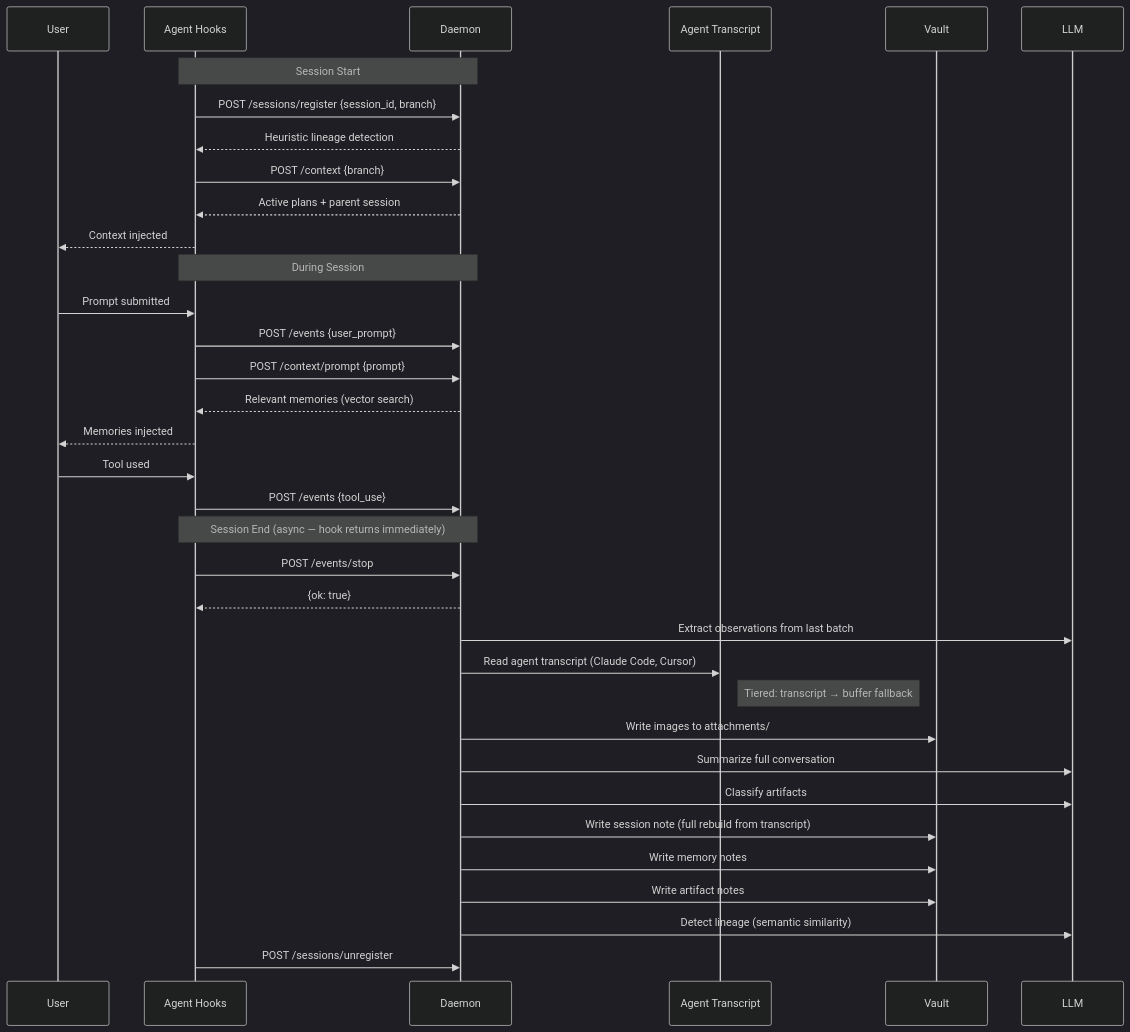
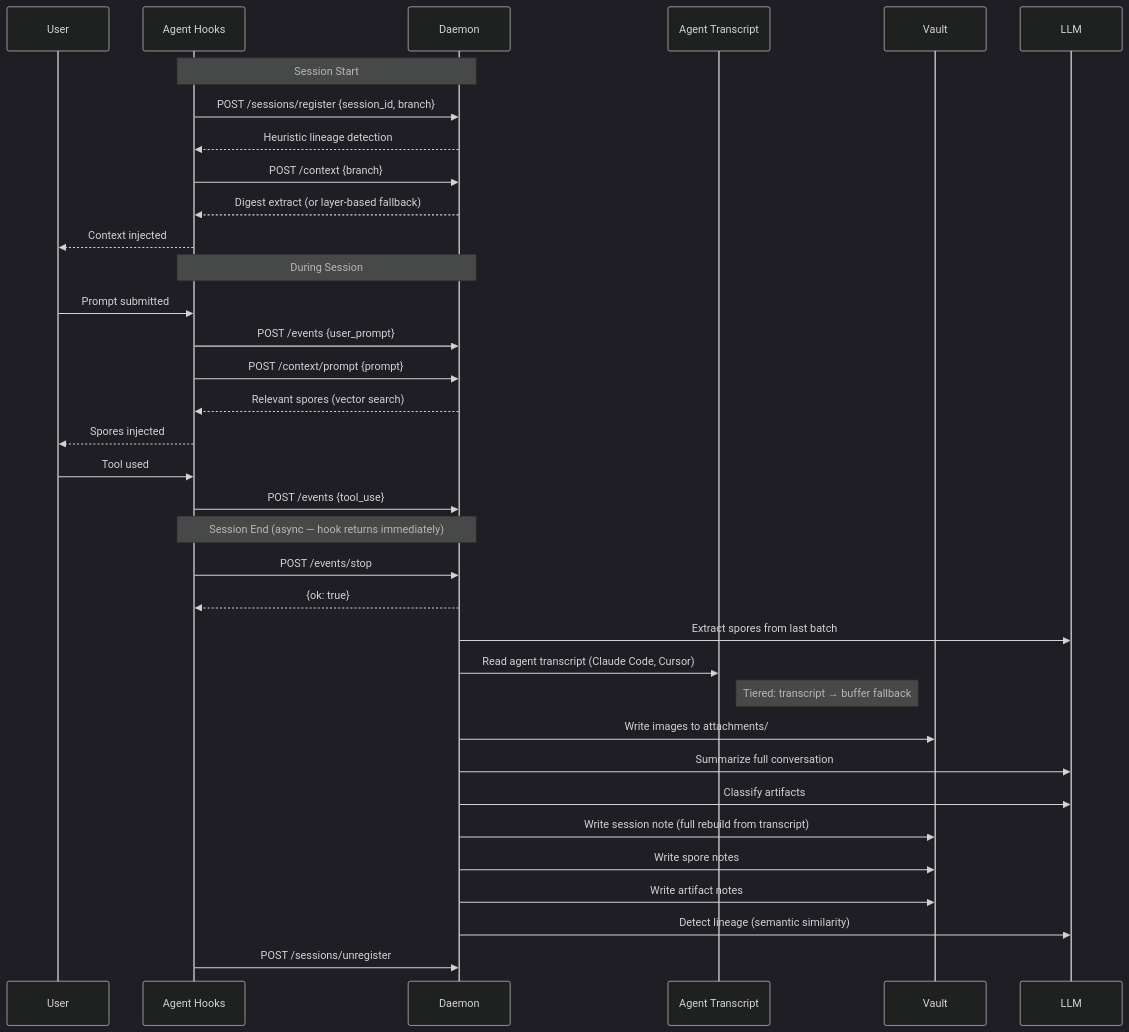
One commit to goondocks-co/myco changed the first of 8 diagrams in docs/lifecycle.md. Above: the diagram before and after it, drawn with Mermaid (dark theme). The commit also changed other lines of this file and 81 other files, not shown here.

````diff
--- a/docs/lifecycle.md
+++ b/docs/lifecycle.md
@@ -7,41 +7,41 @@
 ```mermaid
 sequenceDiagram
     participant User
     participant Hook as Agent Hooks
     participant Daemon
     participant Transcript as Agent Transcript
     participant Vault
     participant LLM
 
     Note over Hook,Daemon: Session Start
     Hook->>Daemon: POST /sessions/register {session_id, branch}
     Daemon-->>Hook: Heuristic lineage detection
     Hook->>Daemon: POST /context {branch}
-    Daemon-->>Hook: Active plans + parent session
+    Daemon-->>Hook: Digest extract (or layer-based fallback)
     Hook-->>User: Context injected
 
     Note over Hook,Daemon: During Session
     User->>Hook: Prompt submitted
     Hook->>Daemon: POST /events {user_prompt}
     Hook->>Daemon: POST /context/prompt {prompt}
-    Daemon-->>Hook: Relevant memories (vector search)
-    Hook-->>User: Memories injected
+    Daemon-->>Hook: Relevant spores (vector search)
+    Hook-->>User: Spores injected
 
     User->>Hook: Tool used
     Hook->>Daemon: POST /events {tool_use}
 
     Note over Hook,Daemon: Session End (async — hook returns immediately)
     Hook->>Daemon: POST /events/stop
     Daemon-->>Hook: {ok: true}
-    Daemon->>LLM: Extract observations from last batch
+    Daemon->>LLM: Extract spores from last batch
     Daemon->>Transcript: Read agent transcript (Claude Code, Cursor)
     Note right of Transcript: Tiered: transcript → buffer fallback
     Daemon->>Vault: Write images to attachments/
     Daemon->>LLM: Summarize full conversation
     Daemon->>LLM: Classify artifacts
     Daemon->>Vault: Write session note (full rebuild from transcript)
-    Daemon->>Vault: Write memory notes
+    Daemon->>Vault: Write spore notes
     Daemon->>Vault: Write artifact notes
     Daemon->>LLM: Detect lineage (semantic similarity)
     Hook->>Daemon: POST /sessions/unregister
 ```
````
